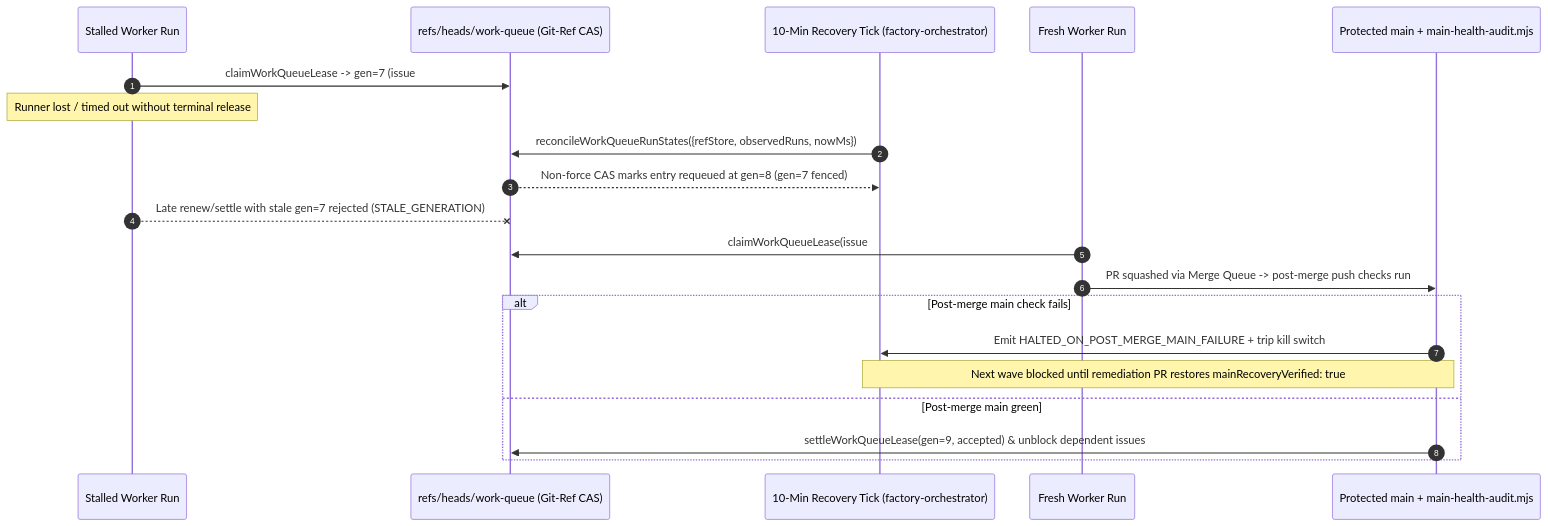
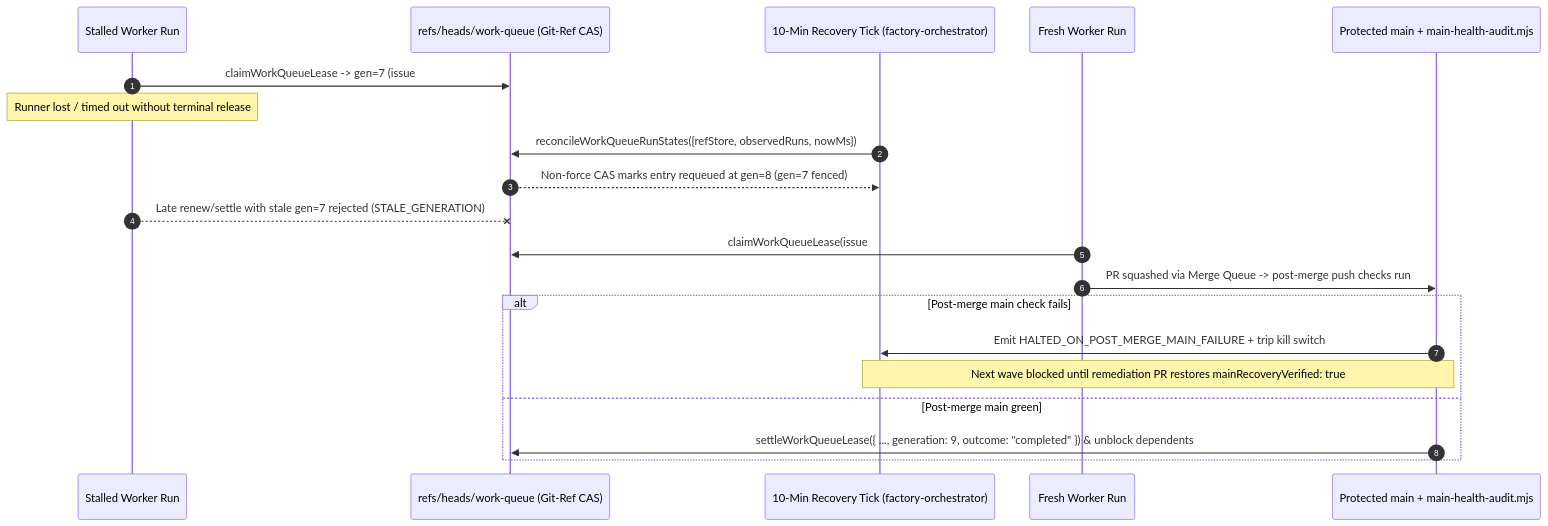
The second of 3 diagrams in docs/OPERATIONS.md (Jamula/SoftwareFactory), drawn with Mermaid before and after one commit. The commit also changed 4 other files, not shown here.

First line of the commit message:
docs: use completed lease settlement outcome and index #186/#187 surfaces

````diff
--- a/docs/OPERATIONS.md
+++ b/docs/OPERATIONS.md
@@ -62,23 +62,23 @@
 ```mermaid
 sequenceDiagram
   autonumber
   participant W1 as Stalled Worker Run #1
   participant WQ as refs/heads/work-queue (Git-Ref CAS)
   participant Rec as 10-Min Recovery Tick (factory-orchestrator)
   participant W2 as Fresh Worker Run #2
   participant Main as Protected main + main-health-audit.mjs
 
   W1->>WQ: claimWorkQueueLease -> gen=7 (issue #42, TTL=3600s)
   Note over W1: Runner lost / timed out without terminal release
   Rec->>WQ: reconcileWorkQueueRunStates({refStore, observedRuns, nowMs})
   WQ-->>Rec: Non-force CAS marks entry requeued at gen=8 (gen=7 fenced)
   W1--xWQ: Late renew/settle with stale gen=7 rejected (STALE_GENERATION)
   W2->>WQ: claimWorkQueueLease(issue #42) -> replacement lease gen=9 (0 duplicate active leases)
   W2->>Main: PR squashed via Merge Queue -> post-merge push checks run
   alt Post-merge main check fails
     Main->>Rec: Emit HALTED_ON_POST_MERGE_MAIN_FAILURE + trip kill switch
     Note over Rec,Main: Next wave blocked until remediation PR restores mainRecoveryVerified: true
   else Post-merge main green
-    Main->>WQ: settleWorkQueueLease(gen=9, accepted) & unblock dependent issues
+    Main->>WQ: settleWorkQueueLease({ ..., generation: 9, outcome: "completed" }) & unblock dependents
   end
 ```
````
